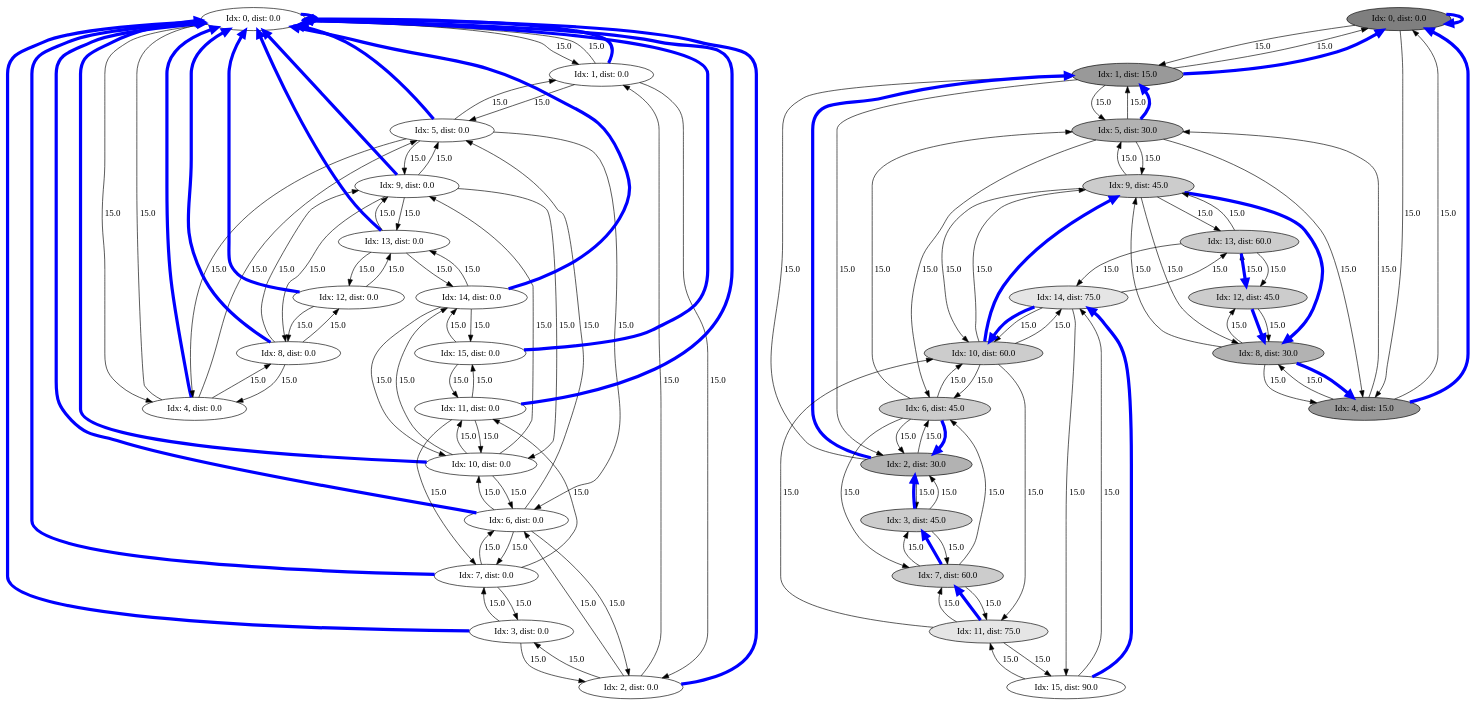
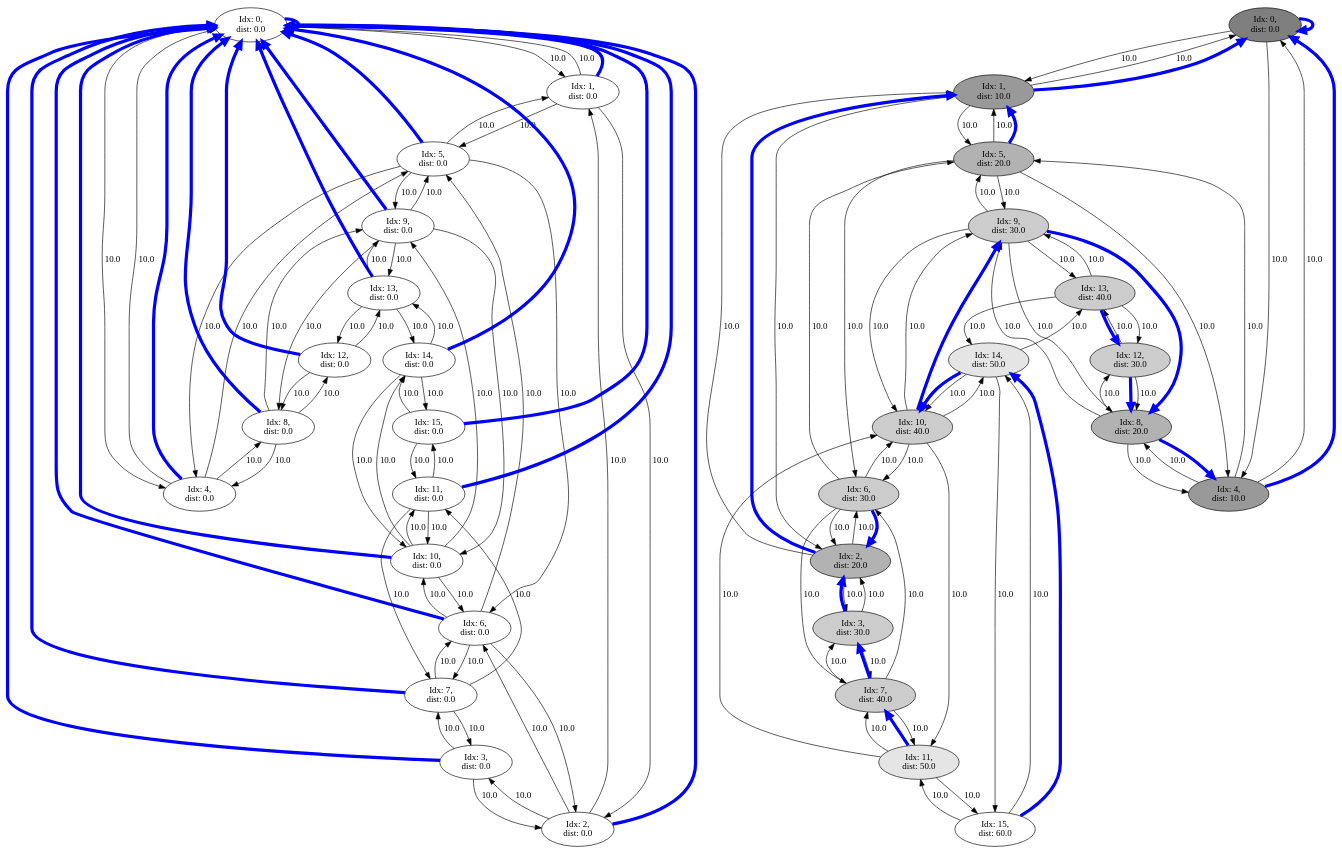
Before and after one commit to Davoleo/uni: the diagram in AeSD/lab/graph/dijkstra.dot, drawn with Graphviz. The commit also changed 1 other file, not shown here.

```diff
--- a/AeSD/lab/graph/dijkstra.dot
+++ b/AeSD/lab/graph/dijkstra.dot
@@ -1,321 +1,321 @@
 digraph g{ node [shape=plaintext]node_0_0
-[ shape = oval; fillcolor = "0.0 0.0 -nan"; style=filled; label = "Idx: 0, dist: 0.0" ];
+[ shape = oval; fillcolor = "0.0 0.0 nan"; style=filled; label = "Idx: 0,\n dist: 0.0" ];
 node_0_0 -> node_1_0
- [ label="15.0", len=1.5 ]
+ [ label="10.0", len=1.0 ]
 node_0_0 -> node_4_0
- [ label="15.0", len=1.5 ]
+ [ label="10.0", len=1.0 ]
 node_0_0 -> node_0_0
  [ color=blue, penwidth=5 len=0.000000]
 node_1_0
-[ shape = oval; fillcolor = "0.0 0.0 -nan"; style=filled; label = "Idx: 1, dist: 0.0" ];
+[ shape = oval; fillcolor = "0.0 0.0 nan"; style=filled; label = "Idx: 1,\n dist: 0.0" ];
 node_1_0 -> node_2_0
- [ label="15.0", len=1.5 ]
+ [ label="10.0", len=1.0 ]
 node_1_0 -> node_5_0
- [ label="15.0", len=1.5 ]
+ [ label="10.0", len=1.0 ]
 node_1_0 -> node_0_0
- [ label="15.0", len=1.5 ]
+ [ label="10.0", len=1.0 ]
 node_1_0 -> node_0_0
- [ color=blue, penwidth=5 len=1.500000]
+ [ color=blue, penwidth=5 len=1.000000]
 node_2_0
-[ shape = oval; fillcolor = "0.0 0.0 -nan"; style=filled; label = "Idx: 2, dist: 0.0" ];
+[ shape = oval; fillcolor = "0.0 0.0 nan"; style=filled; label = "Idx: 2,\n dist: 0.0" ];
 node_2_0 -> node_3_0
- [ label="15.0", len=1.5 ]
+ [ label="10.0", len=1.0 ]
 node_2_0 -> node_6_0
- [ label="15.0", len=1.5 ]
+ [ label="10.0", len=1.0 ]
 node_2_0 -> node_1_0
- [ label="15.0", len=1.5 ]
+ [ label="10.0", len=1.0 ]
 node_2_0 -> node_0_0
  [ color=blue, penwidth=5 len=0.000000]
 node_3_0
-[ shape = oval; fillcolor = "0.0 0.0 -nan"; style=filled; label = "Idx: 3, dist: 0.0" ];
+[ shape = oval; fillcolor = "0.0 0.0 nan"; style=filled; label = "Idx: 3,\n dist: 0.0" ];
 node_3_0 -> node_7_0
- [ label="15.0", len=1.5 ]
+ [ label="10.0", len=1.0 ]
 node_3_0 -> node_2_0
- [ label="15.0", len=1.5 ]
+ [ label="10.0", len=1.0 ]
 node_3_0 -> node_0_0
  [ color=blue, penwidth=5 len=0.000000]
 node_4_0
-[ shape = oval; fillcolor = "0.0 0.0 -nan"; style=filled; label = "Idx: 4, dist: 0.0" ];
+[ shape = oval; fillcolor = "0.0 0.0 nan"; style=filled; label = "Idx: 4,\n dist: 0.0" ];
 node_4_0 -> node_5_0
- [ label="15.0", len=1.5 ]
+ [ label="10.0", len=1.0 ]
 node_4_0 -> node_8_0
- [ label="15.0", len=1.5 ]
+ [ label="10.0", len=1.0 ]
 node_4_0 -> node_0_0
- [ label="15.0", len=1.5 ]
+ [ label="10.0", len=1.0 ]
 node_4_0 -> node_0_0
- [ color=blue, penwidth=5 len=1.500000]
+ [ color=blue, penwidth=5 len=1.000000]
 node_5_0
-[ shape = oval; fillcolor = "0.0 0.0 -nan"; style=filled; label = "Idx: 5, dist: 0.0" ];
+[ shape = oval; fillcolor = "0.0 0.0 nan"; style=filled; label = "Idx: 5,\n dist: 0.0" ];
 node_5_0 -> node_6_0
- [ label="15.0", len=1.5 ]
+ [ label="10.0", len=1.0 ]
 node_5_0 -> node_9_0
- [ label="15.0", len=1.5 ]
+ [ label="10.0", len=1.0 ]
 node_5_0 -> node_1_0
- [ label="15.0", len=1.5 ]
+ [ label="10.0", len=1.0 ]
 node_5_0 -> node_4_0
- [ label="15.0", len=1.5 ]
+ [ label="10.0", len=1.0 ]
 node_5_0 -> node_0_0
  [ color=blue, penwidth=5 len=0.000000]
 node_6_0
-[ shape = oval; fillcolor = "0.0 0.0 -nan"; style=filled; label = "Idx: 6, dist: 0.0" ];
+[ shape = oval; fillcolor = "0.0 0.0 nan"; style=filled; label = "Idx: 6,\n dist: 0.0" ];
 node_6_0 -> node_7_0
- [ label="15.0", len=1.5 ]
+ [ label="10.0", len=1.0 ]
 node_6_0 -> node_10_0
- [ label="15.0", len=1.5 ]
+ [ label="10.0", len=1.0 ]
 node_6_0 -> node_2_0
- [ label="15.0", len=1.5 ]
+ [ label="10.0", len=1.0 ]
 node_6_0 -> node_5_0
- [ label="15.0", len=1.5 ]
+ [ label="10.0", len=1.0 ]
 node_6_0 -> node_0_0
  [ color=blue, penwidth=5 len=0.000000]
 node_7_0
-[ shape = oval; fillcolor = "0.0 0.0 -nan"; style=filled; label = "Idx: 7, dist: 0.0" ];
+[ shape = oval; fillcolor = "0.0 0.0 nan"; style=filled; label = "Idx: 7,\n dist: 0.0" ];
 node_7_0 -> node_11_0
- [ label="15.0", len=1.5 ]
+ [ label="10.0", len=1.0 ]
 node_7_0 -> node_3_0
- [ label="15.0", len=1.5 ]
+ [ label="10.0", len=1.0 ]
 node_7_0 -> node_6_0
- [ label="15.0", len=1.5 ]
+ [ label="10.0", len=1.0 ]
 node_7_0 -> node_0_0
  [ color=blue, penwidth=5 len=0.000000]
 node_8_0
-[ shape = oval; fillcolor = "0.0 0.0 -nan"; style=filled; label = "Idx: 8, dist: 0.0" ];
+[ shape = oval; fillcolor = "0.0 0.0 nan"; style=filled; label = "Idx: 8,\n dist: 0.0" ];
 node_8_0 -> node_9_0
- [ label="15.0", len=1.5 ]
+ [ label="10.0", len=1.0 ]
 node_8_0 -> node_12_0
- [ label="15.0", len=1.5 ]
+ [ label="10.0", len=1.0 ]
 node_8_0 -> node_4_0
- [ label="15.0", len=1.5 ]
+ [ label="10.0", len=1.0 ]
 node_8_0 -> node_0_0
  [ color=blue, penwidth=5 len=0.000000]
 node_9_0
-[ shape = oval; fillcolor = "0.0 0.0 -nan"; style=filled; label = "Idx: 9, dist: 0.0" ];
+[ shape = oval; fillcolor = "0.0 0.0 nan"; style=filled; label = "Idx: 9,\n dist: 0.0" ];
 node_9_0 -> node_10_0
- [ label="15.0", len=1.5 ]
+ [ label="10.0", len=1.0 ]
 node_9_0 -> node_13_0
- [ label="15.0", len=1.5 ]
+ [ label="10.0", len=1.0 ]
 node_9_0 -> node_5_0
- [ label="15.0", len=1.5 ]
+ [ label="10.0", len=1.0 ]
 node_9_0 -> node_8_0
- [ label="15.0", len=1.5 ]
+ [ label="10.0", len=1.0 ]
 node_9_0 -> node_0_0
  [ color=blue, penwidth=5 len=0.000000]
 node_10_0
-[ shape = oval; fillcolor = "0.0 0.0 -nan"; style=filled; label = "Idx: 10, dist: 0.0" ];
+[ shape = oval; fillcolor = "0.0 0.0 nan"; style=filled; label = "Idx: 10,\n dist: 0.0" ];
 node_10_0 -> node_11_0
- [ label="15.0", len=1.5 ]
+ [ label="10.0", len=1.0 ]
 node_10_0 -> node_14_0
- [ label="15.0", len=1.5 ]
+ [ label="10.0", len=1.0 ]
 node_10_0 -> node_6_0
- [ label="15.0", len=1.5 ]
+ [ label="10.0", len=1.0 ]
 node_10_0 -> node_9_0
- [ label="15.0", len=1.5 ]
+ [ label="10.0", len=1.0 ]
 node_10_0 -> node_0_0
  [ color=blue, penwidth=5 len=0.000000]
 node_11_0
-[ shape = oval; fillcolor = "0.0 0.0 -nan"; style=filled; label = "Idx: 11, dist: 0.0" ];
+[ shape = oval; fillcolor = "0.0 0.0 nan"; style=filled; label = "Idx: 11,\n dist: 0.0" ];
 node_11_0 -> node_15_0
- [ label="15.0", len=1.5 ]
+ [ label="10.0", len=1.0 ]
 node_11_0 -> node_7_0
- [ label="15.0", len=1.5 ]
+ [ label="10.0", len=1.0 ]
 node_11_0 -> node_10_0
- [ label="15.0", len=1.5 ]
+ [ label="10.0", len=1.0 ]
 node_11_0 -> node_0_0
  [ color=blue, penwidth=5 len=0.000000]
 node_12_0
-[ shape = oval; fillcolor = "0.0 0.0 -nan"; style=filled; label = "Idx: 12, dist: 0.0" ];
+[ shape = oval; fillcolor = "0.0 0.0 nan"; style=filled; label = "Idx: 12,\n dist: 0.0" ];
 node_12_0 -> node_13_0
- [ label="15.0", len=1.5 ]
+ [ label="10.0", len=1.0 ]
 node_12_0 -> node_8_0
- [ label="15.0", len=1.5 ]
+ [ label="10.0", len=1.0 ]
 node_12_0 -> node_0_0
  [ color=blue, penwidth=5 len=0.000000]
 node_13_0
-[ shape = oval; fillcolor = "0.0 0.0 -nan"; style=filled; label = "Idx: 13, dist: 0.0" ];
+[ shape = oval; fillcolor = "0.0 0.0 nan"; style=filled; label = "Idx: 13,\n dist: 0.0" ];
 node_13_0 -> node_14_0
- [ label="15.0", len=1.5 ]
+ [ label="10.0", len=1.0 ]
 node_13_0 -> node_9_0
- [ label="15.0", len=1.5 ]
+ [ label="10.0", len=1.0 ]
 node_13_0 -> node_12_0
- [ label="15.0", len=1.5 ]
+ [ label="10.0", len=1.0 ]
 node_13_0 -> node_0_0
  [ color=blue, penwidth=5 len=0.000000]
 node_14_0
-[ shape = oval; fillcolor = "0.0 0.0 -nan"; style=filled; label = "Idx: 14, dist: 0.0" ];
+[ shape = oval; fillcolor = "0.0 0.0 nan"; style=filled; label = "Idx: 14,\n dist: 0.0" ];
 node_14_0 -> node_15_0
- [ label="15.0", len=1.5 ]
+ [ label="10.0", len=1.0 ]
 node_14_0 -> node_10_0
- [ label="15.0", len=1.5 ]
+ [ label="10.0", len=1.0 ]
 node_14_0 -> node_13_0
- [ label="15.0", len=1.5 ]
+ [ label="10.0", len=1.0 ]
 node_14_0 -> node_0_0
  [ color=blue, penwidth=5 len=0.000000]
 node_15_0
-[ shape = oval; fillcolor = "0.0 0.0 -nan"; style=filled; label = "Idx: 15, dist: 0.0" ];
+[ shape = oval; fillcolor = "0.0 0.0 nan"; style=filled; label = "Idx: 15,\n dist: 0.0" ];
 node_15_0 -> node_11_0
- [ label="15.0", len=1.5 ]
+ [ label="10.0", len=1.0 ]
 node_15_0 -> node_14_0
- [ label="15.0", len=1.5 ]
+ [ label="10.0", len=1.0 ]
 node_15_0 -> node_0_0
  [ color=blue, penwidth=5 len=0.000000]
 node_0_1
-[ shape = oval; fillcolor = "0.0 0.0 0.5"; style=filled; label = "Idx: 0, dist: 0.0" ];
+[ shape = oval; fillcolor = "0.0 0.0 0.5"; style=filled; label = "Idx: 0,\n dist: 0.0" ];
 node_0_1 -> node_1_1
- [ label="15.0", len=1.5 ]
+ [ label="10.0", len=1.0 ]
 node_0_1 -> node_4_1
- [ label="15.0", len=1.5 ]
+ [ label="10.0", len=1.0 ]
 node_0_1 -> node_0_1
  [ color=blue, penwidth=5 len=0.000000]
 node_1_1
-[ shape = oval; fillcolor = "0.0 0.0 0.6"; style=filled; label = "Idx: 1, dist: 15.0" ];
+[ shape = oval; fillcolor = "0.0 0.0 0.6"; style=filled; label = "Idx: 1,\n dist: 10.0" ];
 node_1_1 -> node_2_1
- [ label="15.0", len=1.5 ]
+ [ label="10.0", len=1.0 ]
 node_1_1 -> node_5_1
- [ label="15.0", len=1.5 ]
+ [ label="10.0", len=1.0 ]
 node_1_1 -> node_0_1
- [ label="15.0", len=1.5 ]
+ [ label="10.0", len=1.0 ]
 node_1_1 -> node_0_1
- [ color=blue, penwidth=5 len=1.500000]
+ [ color=blue, penwidth=5 len=1.000000]
 node_2_1
-[ shape = oval; fillcolor = "0.0 0.0 0.7"; style=filled; label = "Idx: 2, dist: 30.0" ];
+[ shape = oval; fillcolor = "0.0 0.0 0.7"; style=filled; label = "Idx: 2,\n dist: 20.0" ];
 node_2_1 -> node_3_1
- [ label="15.0", len=1.5 ]
+ [ label="10.0", len=1.0 ]
 node_2_1 -> node_6_1
- [ label="15.0", len=1.5 ]
+ [ label="10.0", len=1.0 ]
 node_2_1 -> node_1_1
- [ label="15.0", len=1.5 ]
+ [ label="10.0", len=1.0 ]
 node_2_1 -> node_1_1
- [ color=blue, penwidth=5 len=1.500000]
+ [ color=blue, penwidth=5 len=1.000000]
 node_3_1
-[ shape = oval; fillcolor = "0.0 0.0 0.8"; style=filled; label = "Idx: 3, dist: 45.0" ];
+[ shape = oval; fillcolor = "0.0 0.0 0.8"; style=filled; label = "Idx: 3,\n dist: 30.0" ];
 node_3_1 -> node_7_1
- [ label="15.0", len=1.5 ]
+ [ label="10.0", len=1.0 ]
 node_3_1 -> node_2_1
- [ label="15.0", len=1.5 ]
+ [ label="10.0", len=1.0 ]
 node_3_1 -> node_2_1
- [ color=blue, penwidth=5 len=1.500000]
+ [ color=blue, penwidth=5 len=1.000000]
 node_4_1
-[ shape = oval; fillcolor = "0.0 0.0 0.6"; style=filled; label = "Idx: 4, dist: 15.0" ];
+[ shape = oval; fillcolor = "0.0 0.0 0.6"; style=filled; label = "Idx: 4,\n dist: 10.0" ];
 node_4_1 -> node_5_1
- [ label="15.0", len=1.5 ]
+ [ label="10.0", len=1.0 ]
 node_4_1 -> node_8_1
- [ label="15.0", len=1.5 ]
+ [ label="10.0", len=1.0 ]
 node_4_1 -> node_0_1
- [ label="15.0", len=1.5 ]
+ [ label="10.0", len=1.0 ]
 node_4_1 -> node_0_1
- [ color=blue, penwidth=5 len=1.500000]
+ [ color=blue, penwidth=5 len=1.000000]
 node_5_1
-[ shape = oval; fillcolor = "0.0 0.0 0.7"; style=filled; label = "Idx: 5, dist: 30.0" ];
+[ shape = oval; fillcolor = "0.0 0.0 0.7"; style=filled; label = "Idx: 5,\n dist: 20.0" ];
 node_5_1 -> node_6_1
- [ label="15.0", len=1.5 ]
+ [ label="10.0", len=1.0 ]
 node_5_1 -> node_9_1
- [ label="15.0", len=1.5 ]
+ [ label="10.0", len=1.0 ]
 node_5_1 -> node_1_1
- [ label="15.0", len=1.5 ]
+ [ label="10.0", len=1.0 ]
 node_5_1 -> node_4_1
- [ label="15.0", len=1.5 ]
+ [ label="10.0", len=1.0 ]
 node_5_1 -> node_1_1
- [ color=blue, penwidth=5 len=1.500000]
+ [ color=blue, penwidth=5 len=1.000000]
 node_6_1
-[ shape = oval; fillcolor = "0.0 0.0 0.8"; style=filled; label = "Idx: 6, dist: 45.0" ];
+[ shape = oval; fillcolor = "0.0 0.0 0.8"; style=filled; label = "Idx: 6,\n dist: 30.0" ];
 node_6_1 -> node_7_1
- [ label="15.0", len=1.5 ]
+ [ label="10.0", len=1.0 ]
 node_6_1 -> node_10_1
- [ label="15.0", len=1.5 ]
+ [ label="10.0", len=1.0 ]
 node_6_1 -> node_2_1
- [ label="15.0", len=1.5 ]
+ [ label="10.0", len=1.0 ]
 node_6_1 -> node_5_1
- [ label="15.0", len=1.5 ]
+ [ label="10.0", len=1.0 ]
 node_6_1 -> node_2_1
- [ color=blue, penwidth=5 len=1.500000]
+ [ color=blue, penwidth=5 len=1.000000]
 node_7_1
-[ shape = oval; fillcolor = "0.0 0.0 0.8"; style=filled; label = "Idx: 7, dist: 60.0" ];
+[ shape = oval; fillcolor = "0.0 0.0 0.8"; style=filled; label = "Idx: 7,\n dist: 40.0" ];
 node_7_1 -> node_11_1
- [ label="15.0", len=1.5 ]
+ [ label="10.0", len=1.0 ]
 node_7_1 -> node_3_1
- [ label="15.0", len=1.5 ]
+ [ label="10.0", len=1.0 ]
 node_7_1 -> node_6_1
- [ label="15.0", len=1.5 ]
+ [ label="10.0", len=1.0 ]
 node_7_1 -> node_3_1
- [ color=blue, penwidth=5 len=1.500000]
+ [ color=blue, penwidth=5 len=1.000000]
 node_8_1
-[ shape = oval; fillcolor = "0.0 0.0 0.7"; style=filled; label = "Idx: 8, dist: 30.0" ];
+[ shape = oval; fillcolor = "0.0 0.0 0.7"; style=filled; label = "Idx: 8,\n dist: 20.0" ];
 node_8_1 -> node_9_1
- [ label="15.0", len=1.5 ]
+ [ label="10.0", len=1.0 ]
 node_8_1 -> node_12_1
- [ label="15.0", len=1.5 ]
+ [ label="10.0", len=1.0 ]
 node_8_1 -> node_4_1
- [ label="15.0", len=1.5 ]
+ [ label="10.0", len=1.0 ]
 node_8_1 -> node_4_1
- [ color=blue, penwidth=5 len=1.500000]
+ [ color=blue, penwidth=5 len=1.000000]
 node_9_1
-[ shape = oval; fillcolor = "0.0 0.0 0.8"; style=filled; label = "Idx: 9, dist: 45.0" ];
+[ shape = oval; fillcolor = "0.0 0.0 0.8"; style=filled; label = "Idx: 9,\n dist: 30.0" ];
 node_9_1 -> node_10_1
- [ label="15.0", len=1.5 ]
+ [ label="10.0", len=1.0 ]
 node_9_1 -> node_13_1
- [ label="15.0", len=1.5 ]
+ [ label="10.0", len=1.0 ]
 node_9_1 -> node_5_1
- [ label="15.0", len=1.5 ]
+ [ label="10.0", len=1.0 ]
 node_9_1 -> node_8_1
- [ label="15.0", len=1.5 ]
+ [ label="10.0", len=1.0 ]
 node_9_1 -> node_8_1
- [ color=blue, penwidth=5 len=1.500000]
+ [ color=blue, penwidth=5 len=1.000000]
 node_10_1
-[ shape = oval; fillcolor = "0.0 0.0 0.8"; style=filled; label = "Idx: 10, dist: 60.0" ];
+[ shape = oval; fillcolor = "0.0 0.0 0.8"; style=filled; label = "Idx: 10,\n dist: 40.0" ];
 node_10_1 -> node_11_1
- [ label="15.0", len=1.5 ]
+ [ label="10.0", len=1.0 ]
 node_10_1 -> node_14_1
- [ label="15.0", len=1.5 ]
+ [ label="10.0", len=1.0 ]
 node_10_1 -> node_6_1
- [ label="15.0", len=1.5 ]
+ [ label="10.0", len=1.0 ]
 node_10_1 -> node_9_1
- [ label="15.0", len=1.5 ]
+ [ label="10.0", len=1.0 ]
 node_10_1 -> node_9_1
- [ color=blue, penwidth=5 len=1.500000]
+ [ color=blue, penwidth=5 len=1.000000]
 node_11_1
-[ shape = oval; fillcolor = "0.0 0.0 0.9"; style=filled; label = "Idx: 11, dist: 75.0" ];
+[ shape = oval; fillcolor = "0.0 0.0 0.9"; style=filled; label = "Idx: 11,\n dist: 50.0" ];
 node_11_1 -> node_15_1
- [ label="15.0", len=1.5 ]
+ [ label="10.0", len=1.0 ]
 node_11_1 -> node_7_1
- [ label="15.0", len=1.5 ]
+ [ label="10.0", len=1.0 ]
 node_11_1 -> node_10_1
- [ label="15.0", len=1.5 ]
+ [ label="10.0", len=1.0 ]
 node_11_1 -> node_7_1
- [ color=blue, penwidth=5 len=1.500000]
+ [ color=blue, penwidth=5 len=1.000000]
 node_12_1
-[ shape = oval; fillcolor = "0.0 0.0 0.8"; style=filled; label = "Idx: 12, dist: 45.0" ];
+[ shape = oval; fillcolor = "0.0 0.0 0.8"; style=filled; label = "Idx: 12,\n dist: 30.0" ];
 node_12_1 -> node_13_1
- [ label="15.0", len=1.5 ]
+ [ label="10.0", len=1.0 ]
 node_12_1 -> node_8_1
- [ label="15.0", len=1.5 ]
+ [ label="10.0", len=1.0 ]
 node_12_1 -> node_8_1
- [ color=blue, penwidth=5 len=1.500000]
+ [ color=blue, penwidth=5 len=1.000000]
 node_13_1
-[ shape = oval; fillcolor = "0.0 0.0 0.8"; style=filled; label = "Idx: 13, dist: 60.0" ];
+[ shape = oval; fillcolor = "0.0 0.0 0.8"; style=filled; label = "Idx: 13,\n dist: 40.0" ];
 node_13_1 -> node_14_1
- [ label="15.0", len=1.5 ]
+ [ label="10.0", len=1.0 ]
 node_13_1 -> node_9_1
- [ label="15.0", len=1.5 ]
+ [ label="10.0", len=1.0 ]
 node_13_1 -> node_12_1
- [ label="15.0", len=1.5 ]
+ [ label="10.0", len=1.0 ]
 node_13_1 -> node_12_1
- [ color=blue, penwidth=5 len=1.500000]
+ [ color=blue, penwidth=5 len=1.000000]
 node_14_1
-[ shape = oval; fillcolor = "0.0 0.0 0.9"; style=filled; label = "Idx: 14, dist: 75.0" ];
+[ shape = oval; fillcolor = "0.0 0.0 0.9"; style=filled; label = "Idx: 14,\n dist: 50.0" ];
 node_14_1 -> node_15_1
- [ label="15.0", len=1.5 ]
+ [ label="10.0", len=1.0 ]
 node_14_1 -> node_10_1
- [ label="15.0", len=1.5 ]
+ [ label="10.0", len=1.0 ]
 node_14_1 -> node_13_1
- [ label="15.0", len=1.5 ]
+ [ label="10.0", len=1.0 ]
 node_14_1 -> node_10_1
- [ color=blue, penwidth=5 len=1.500000]
+ [ color=blue, penwidth=5 len=1.000000]
 node_15_1
-[ shape = oval; fillcolor = "0.0 0.0 1.0"; style=filled; label = "Idx: 15, dist: 90.0" ];
+[ shape = oval; fillcolor = "0.0 0.0 1.0"; style=filled; label = "Idx: 15,\n dist: 60.0" ];
 node_15_1 -> node_11_1
- [ label="15.0", len=1.5 ]
+ [ label="10.0", len=1.0 ]
 node_15_1 -> node_14_1
- [ label="15.0", len=1.5 ]
+ [ label="10.0", len=1.0 ]
 node_15_1 -> node_14_1
- [ color=blue, penwidth=5 len=1.500000]
+ [ color=blue, penwidth=5 len=1.000000]
 }
```
